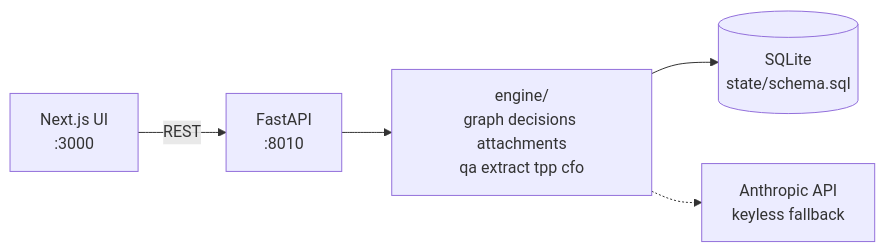
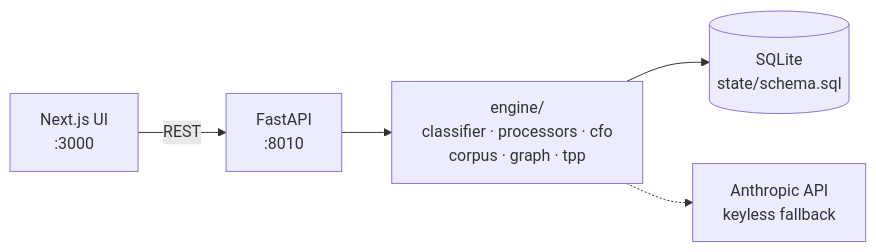
One commit to souravUCSF/BiotechOS changed the second of 2 diagrams in README.md. Above: the diagram before and after it, drawn with Mermaid. The commit also changed other lines of this file and 30 other files, not shown here.

````diff
--- a/README.md
+++ b/README.md
@@ -141,7 +157,7 @@
 ```mermaid
 flowchart LR
     FE[Next.js UI<br/>:3000] -->|REST| API[FastAPI<br/>:8010]
-    API --> ENG[engine/<br/>graph decisions attachments<br/>qa extract tpp cfo]
+    API --> ENG[engine/<br/>classifier · processors · cfo<br/>corpus · graph · tpp]
     ENG --> DB[(SQLite<br/>state/schema.sql)]
     ENG -.-> LLM[Anthropic API<br/>keyless fallback]
 ```
````
